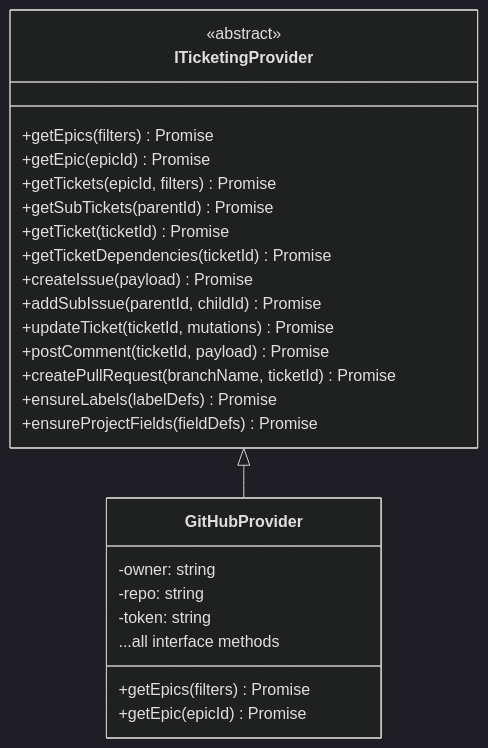
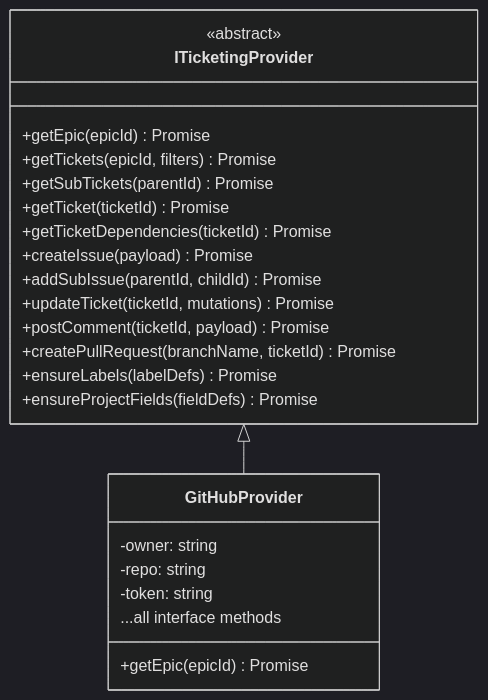
The third of 6 diagrams in docs/architecture.md (dsj1984/mandrel), drawn with Mermaid (dark theme) before and after one commit. The commit also changed other lines of this file and 294 other files, not shown here.

````diff
--- a/docs/architecture.md
+++ b/docs/architecture.md
@@ -404,30 +392,28 @@
 ```mermaid
 classDiagram
     class ITicketingProvider {
         <<abstract>>
-        +getEpics(filters) Promise
         +getEpic(epicId) Promise
         +getTickets(epicId, filters) Promise
         +getSubTickets(parentId) Promise
         +getTicket(ticketId) Promise
         +getTicketDependencies(ticketId) Promise
         +createIssue(payload) Promise
         +addSubIssue(parentId, childId) Promise
         +updateTicket(ticketId, mutations) Promise
         +postComment(ticketId, payload) Promise
         +createPullRequest(branchName, ticketId) Promise
         +ensureLabels(labelDefs) Promise
         +ensureProjectFields(fieldDefs) Promise
     }
 
     class GitHubProvider {
         -owner: string
         -repo: string
         -token: string
-        +getEpics(filters) Promise
         +getEpic(epicId) Promise
         ...all interface methods
     }
 
     ITicketingProvider <|-- GitHubProvider
 ```
````
